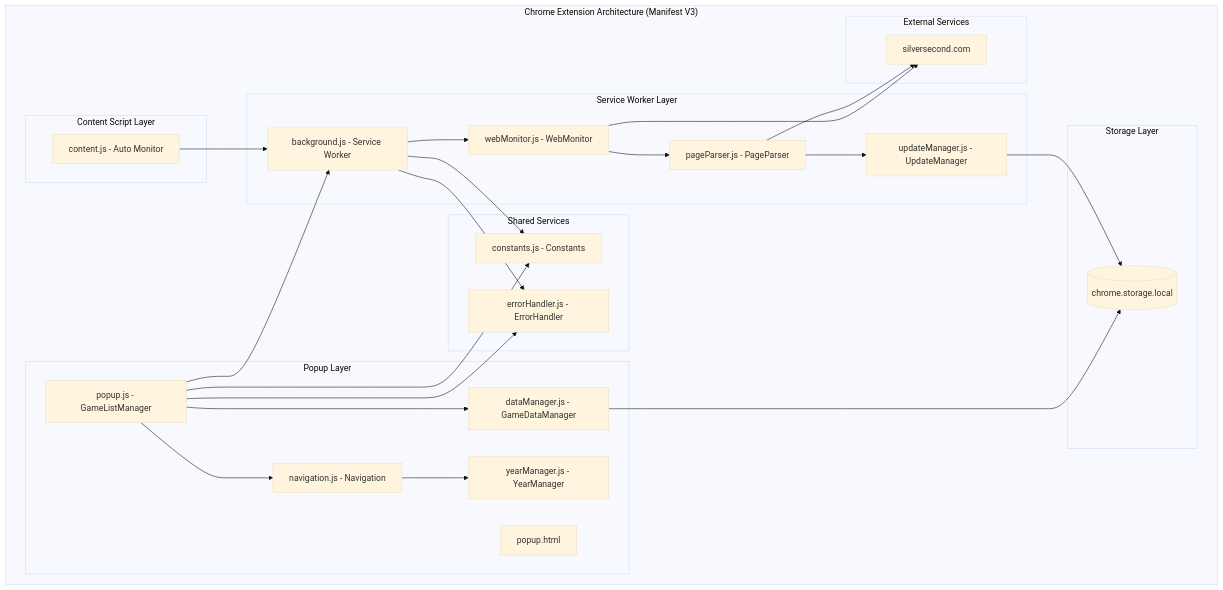
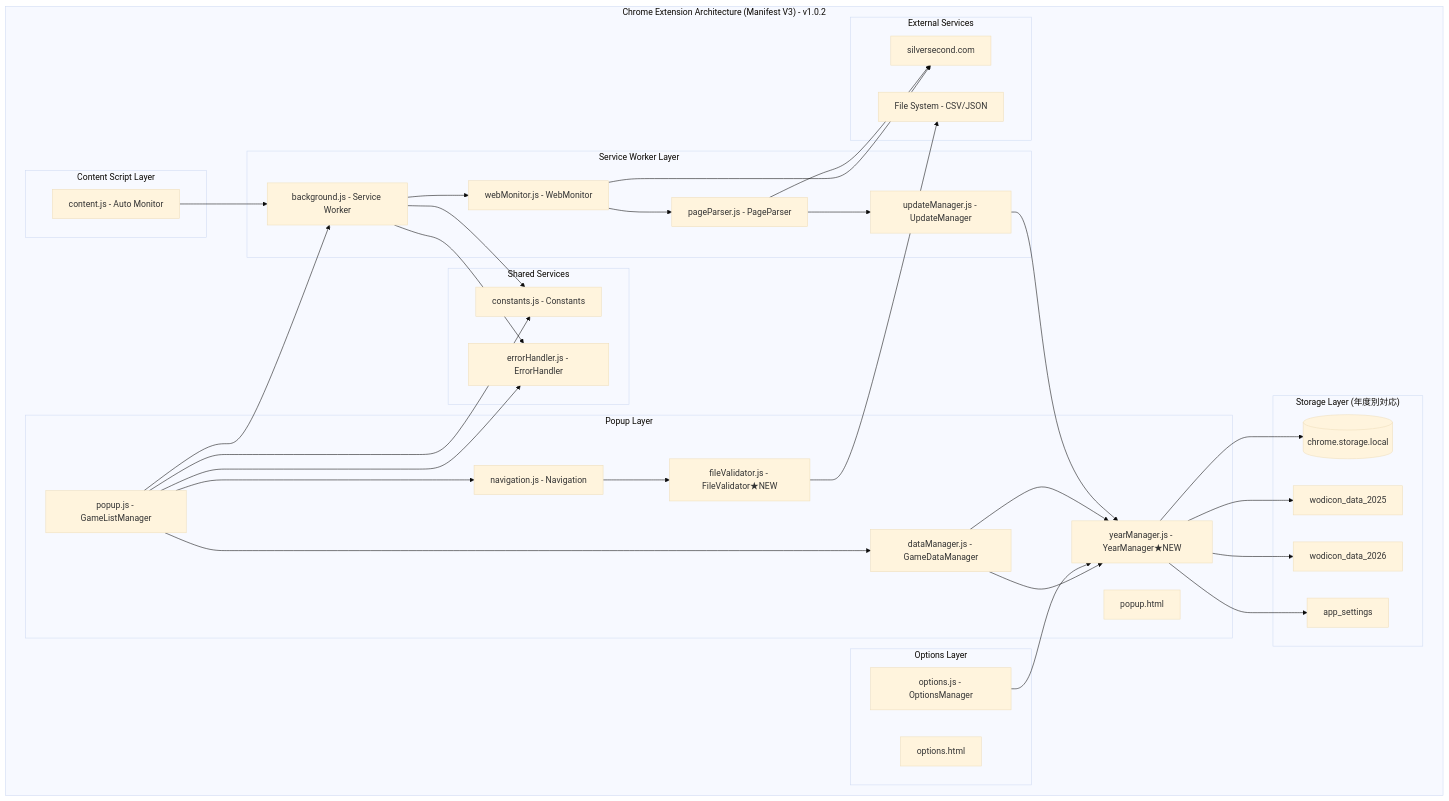
One commit to actpike/wudiConsuke changed the first of 7 diagrams in .kiro/specs/wudiConsuke-documentation/design.md. Above: the diagram before and after it, drawn with Mermaid (base theme). The commit also changed other lines of this file and 18 other files, not shown here.

````diff
--- a/.kiro/specs/wudiConsuke-documentation/design.md
+++ b/.kiro/specs/wudiConsuke-documentation/design.md
@@ -29,54 +29,73 @@
 ```mermaid
 graph TB
-    subgraph "Chrome Extension Architecture (Manifest V3)"
+    subgraph "Chrome Extension Architecture (Manifest V3) - v1.0.2"
         subgraph "Popup Layer"
             PopupHTML[popup.html]
             PopupJS[popup.js - GameListManager]
             NavJS[navigation.js - Navigation]
             DataMgrJS[dataManager.js - GameDataManager]
-            YearMgrJS[yearManager.js - YearManager]
+            YearMgrJS[yearManager.js - YearManager★NEW]
+            FileValidatorJS[fileValidator.js - FileValidator★NEW]
         end
         
         subgraph "Service Worker Layer"
             ServiceWorker[background.js - Service Worker]
             WebMonitorJS[webMonitor.js - WebMonitor]
             PageParserJS[pageParser.js - PageParser]
             UpdateMgrJS[updateManager.js - UpdateManager]
         end
         
         subgraph "Content Script Layer"
             ContentJS[content.js - Auto Monitor]
         end
         
         subgraph "Shared Services"
             Constants[constants.js - Constants]
             ErrorHandler[errorHandler.js - ErrorHandler]
         end
         
-        subgraph "Storage Layer"
+        subgraph "Options Layer"
+            OptionsHTML[options.html]
+            OptionsJS[options.js - OptionsManager]
+        end
+        
+        subgraph "Storage Layer (年度別対応)"
             ChromeStorage[(chrome.storage.local)]
+            YearData2025[wodicon_data_2025]
+            YearData2026[wodicon_data_2026]
+            AppSettings[app_settings]
         end
         
         subgraph "External Services"
             WodiconSite[silversecond.com]
+            FileSystem[File System - CSV/JSON]
         end
     end
     
     PopupJS --> DataMgrJS
     PopupJS --> NavJS
-    NavJS --> YearMgrJS
+    DataMgrJS --> YearMgrJS
+    NavJS --> FileValidatorJS
     ServiceWorker --> WebMonitorJS
     WebMonitorJS --> PageParserJS
     PageParserJS --> UpdateMgrJS
     ContentJS --> ServiceWorker
     PopupJS --> ServiceWorker
-    DataMgrJS --> ChromeStorage
-    UpdateMgrJS --> ChromeStorage
+    OptionsJS --> YearMgrJS
+    
+    YearMgrJS --> ChromeStorage
+    YearMgrJS --> YearData2025
+    YearMgrJS --> YearData2026
+    YearMgrJS --> AppSettings
+    DataMgrJS --> YearMgrJS
+    UpdateMgrJS --> YearMgrJS
+    
     WebMonitorJS --> WodiconSite
     PageParserJS --> WodiconSite
+    FileValidatorJS --> FileSystem
     
     PopupJS --> Constants
     ServiceWorker --> Constants
     PopupJS --> ErrorHandler
     ServiceWorker --> ErrorHandler
 ```
````
